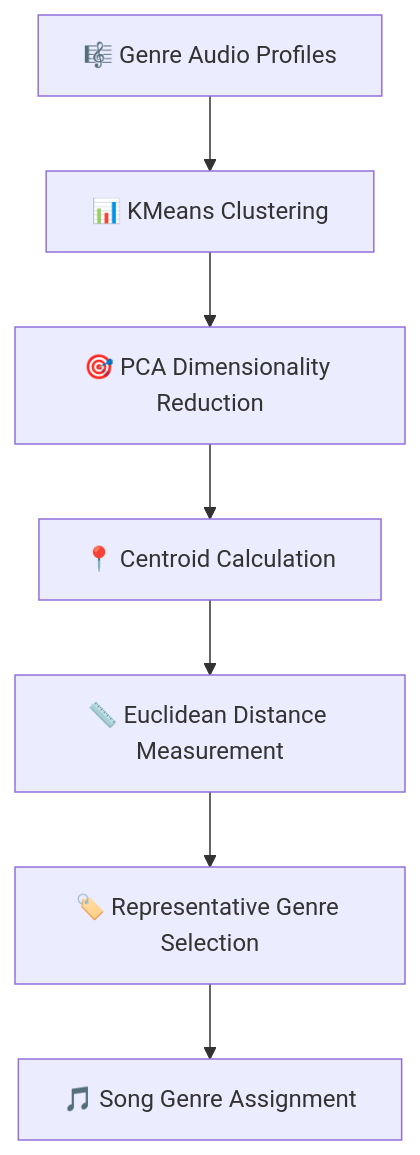
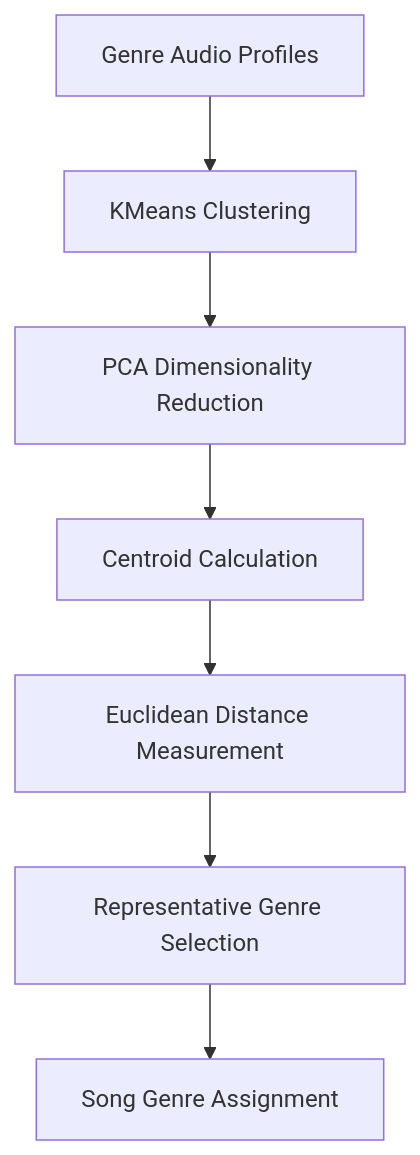
One commit to anigold-data/Spotify-Music-Recommendation changed the diagram in README.md. Above: the diagram before and after it, drawn with Mermaid. The commit also changed other lines of this file, not shown here.

````diff
--- a/README.md
+++ b/README.md
@@ -142,9 +142,9 @@
 ```mermaid
 graph TD
-    A[🎼 Genre Audio Profiles] --> B[📊 KMeans Clustering]
-    B --> C[🎯 PCA Dimensionality Reduction]
-    C --> D[📍 Centroid Calculation]
-    D --> E[📏 Euclidean Distance Measurement]
-    E --> F[🏷️ Representative Genre Selection]
-    F --> G[🎵 Song Genre Assignment]
+    A[Genre Audio Profiles] --> B[KMeans Clustering]
+    B --> C[PCA Dimensionality Reduction]
+    C --> D[Centroid Calculation]
+    D --> E[Euclidean Distance Measurement]
+    E --> F[Representative Genre Selection]
+    F --> G[Song Genre Assignment]
 ```
````
